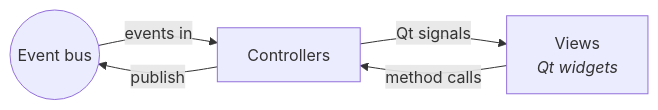
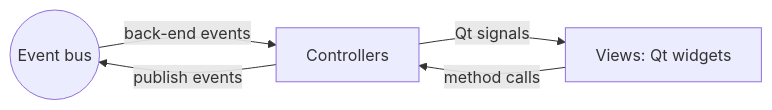
The diagram in docs/developer/features/user_interface.rst (rick12000/vocalance), drawn with Mermaid before and after one commit. The commit also changed other lines of this file and 30 other files, not shown here.

```diff
--- a/docs/developer/features/user_interface.rst
+++ b/docs/developer/features/user_interface.rst
@@ -20,7 +20,7 @@
 .. mermaid::
 
    flowchart LR
-       Bus((Event bus)) -->|events in| Ctrl[Controllers]
-       Ctrl -->|Qt signals| View[Views<br/><i>Qt widgets</i>]
+       Bus((Event bus)) -->|back-end events| Ctrl[Controllers]
+       Ctrl -->|Qt signals| View[Views: Qt widgets]
        View -->|method calls| Ctrl
-       Ctrl -->|publish| Bus
+       Ctrl -->|publish events| Bus
```
